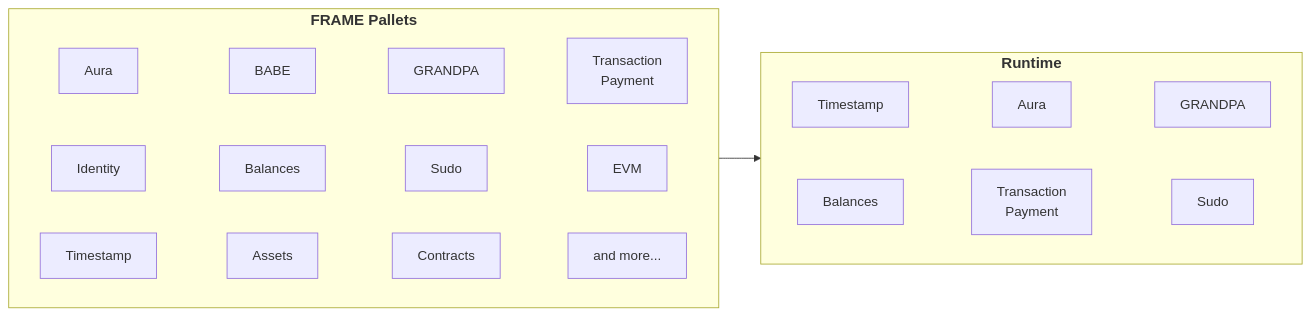
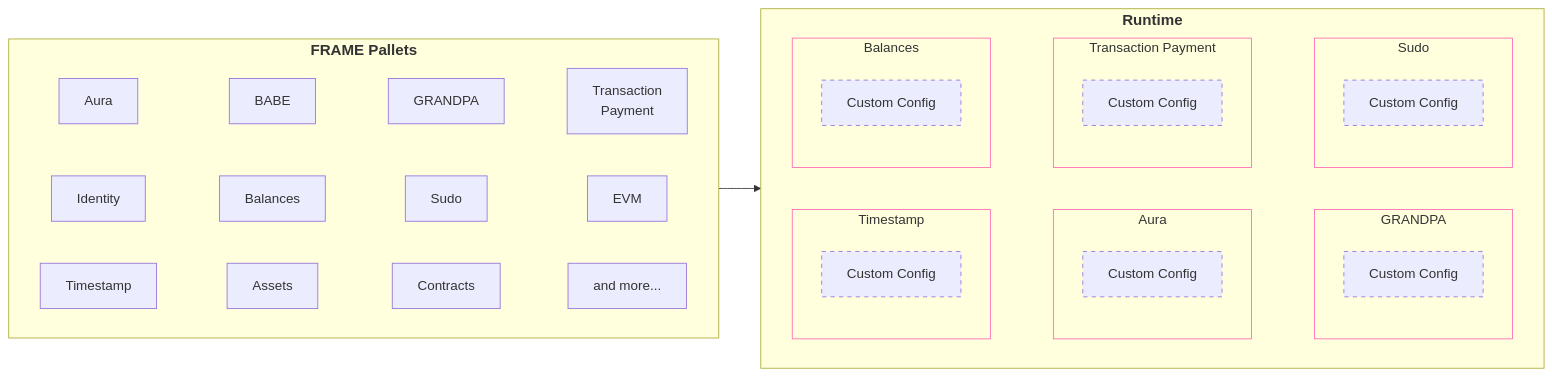
The first of 2 diagrams in develop/parachains/intro-polkadot-sdk.md (polkadot-developers/polkadot-docs), drawn with Mermaid before and after one commit. The commit also changed other lines of this file, not shown here.

Commit message:
adds udpated version of diagram indicating custom config

````diff
--- a/develop/parachains/intro-polkadot-sdk.md
+++ b/develop/parachains/intro-polkadot-sdk.md
@@ -57,16 +57,46 @@
 ```mermaid
 graph LR
     subgraph SP["<b style='font-size:18px;'>Runtime</b>"]
         direction LR
-        S1[Timestamp]~~~S2[Aura]~~~S3[GRANDPA]
-        S4[Balances]~~~S5[Transaction\nPayment]~~~S6[Sudo]
+        Timestamp ~~~ Aura ~~~ GRANDPA
+        Balances ~~~ TransactionPayment ~~~ Sudo
+        subgraph Timestamp["Timestamp"]
+            SS1[Custom Config]
+        end
+        subgraph Aura["Aura"]
+            SS2[Custom Config]
+        end
+        subgraph GRANDPA["GRANDPA"]
+            SS3[Custom Config]
+        end
+        subgraph Balances["Balances"]
+            SS4[Custom Config]
+        end
+        subgraph TransactionPayment["Transaction Payment"]
+            SS5[Custom Config]
+        end
+        subgraph Sudo["Sudo"]
+            SS6[Custom Config]
+        end
+        style Timestamp stroke:#FF69B4
+        style Aura stroke:#FF69B4
+        style GRANDPA stroke:#FF69B4
+        style Balances stroke:#FF69B4
+        style TransactionPayment stroke:#FF69B4
+        style Sudo stroke:#FF69B4
+        style SS1 stroke-dasharray: 5
+        style SS2 stroke-dasharray: 5
+        style SS3 stroke-dasharray: 5
+        style SS4 stroke-dasharray: 5
+        style SS5 stroke-dasharray: 5
+        style SS6 stroke-dasharray: 5
+
     end
-
     subgraph AP["<b style='font-size:18px;'>FRAME Pallets</b>"]
         direction LR
         A1[Aura]~~~A2[BABE]~~~A3[GRANDPA]~~~A4[Transaction\nPayment]
         B1[Identity]~~~B2[Balances]~~~B3[Sudo]~~~B4[EVM]
         C1[Timestamp]~~~C2[Assets]~~~C3[Contracts]~~~C4[and more...]
     end
     AP --> SP
 ```
````
